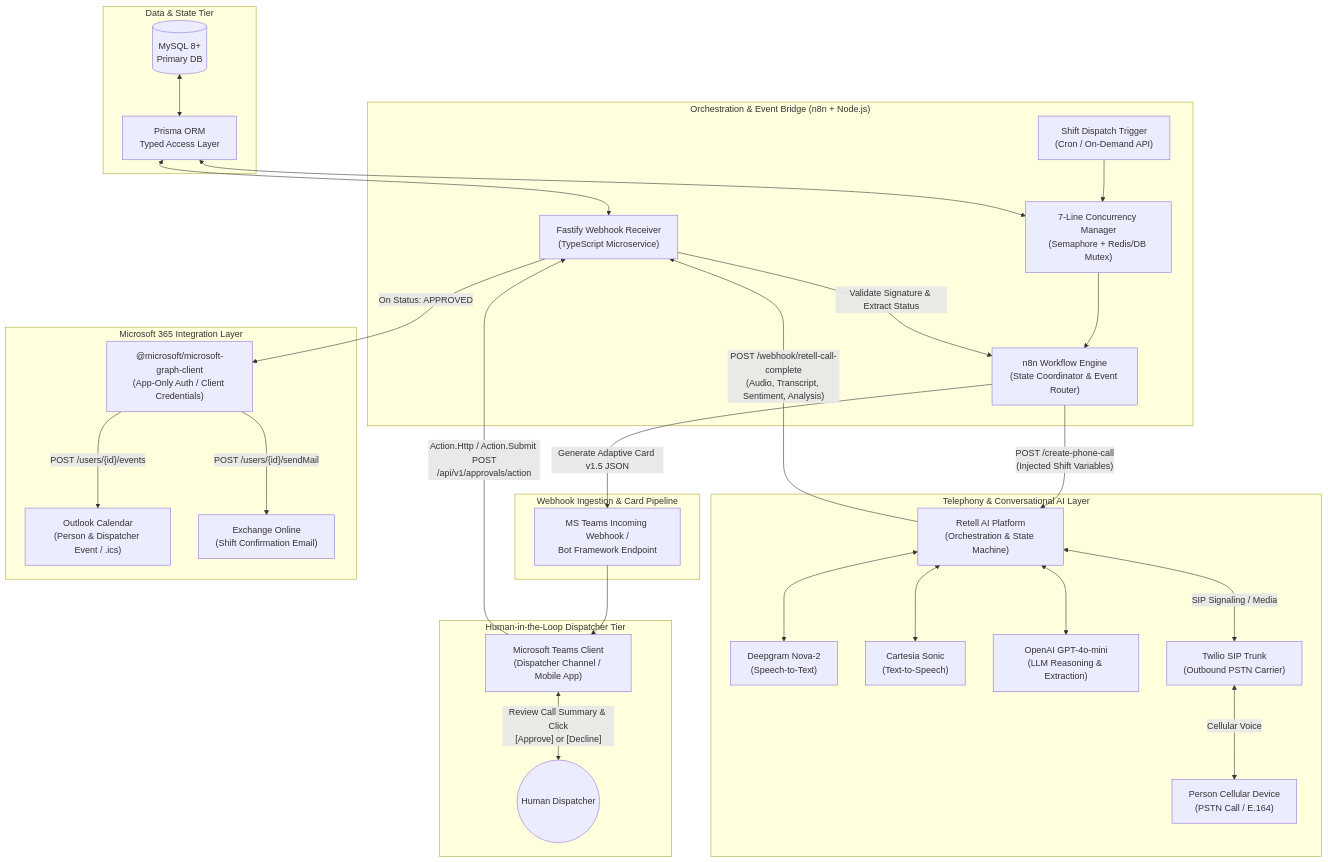
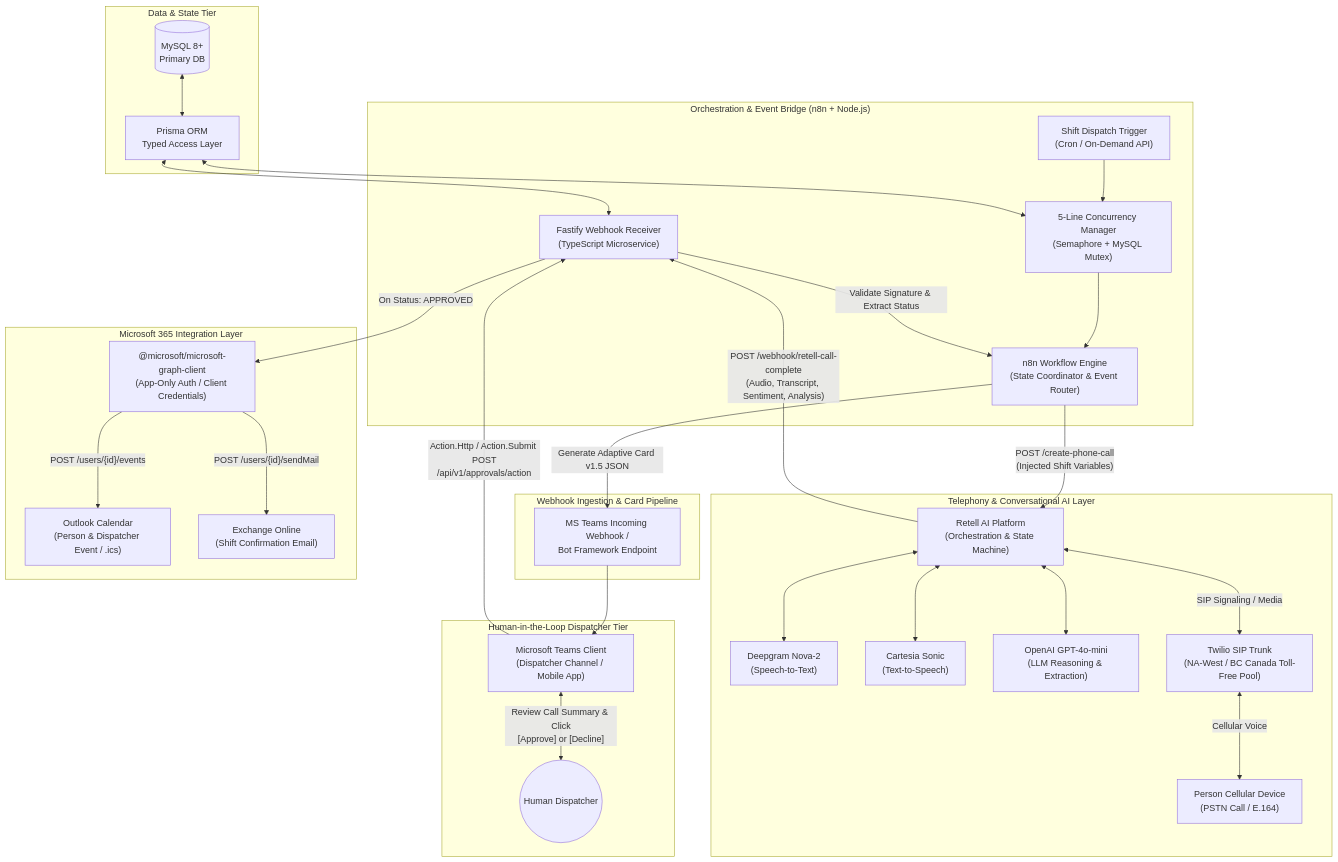
One commit to SidhuManbirSingh/Automated-Dispatch changed the first of 3 diagrams in docs/01_system_architecture.md. Above: the diagram before and after it, drawn with Mermaid. The commit also changed other lines of this file and 3 other files, not shown here.

Commit message:
docs: update architecture and specs for Guardteck Security and 5-line BC toll-free pool

````diff
--- a/docs/01_system_architecture.md
+++ b/docs/01_system_architecture.md
@@ -24,60 +24,60 @@
 ```mermaid
 flowchart TD
     subgraph DataLayer ["Data & State Tier"]
         DB[(MySQL 8+\nPrimary DB)]
         Prisma[Prisma ORM\nTyped Access Layer]
         DB <--> Prisma
     end
 
     subgraph OrchestrationTier ["Orchestration & Event Bridge (n8n + Node.js)"]
         Scheduler["Shift Dispatch Trigger\n(Cron / On-Demand API)"]
-        PoolMgr["7-Line Concurrency Manager\n(Semaphore + Redis/DB Mutex)"]
+        PoolMgr["5-Line Concurrency Manager\n(Semaphore + MySQL Mutex)"]
         n8n["n8n Workflow Engine\n(State Coordinator & Event Router)"]
         FastifyApp["Fastify Webhook Receiver\n(TypeScript Microservice)"]
         
         Scheduler --> PoolMgr
         PoolMgr --> n8n
         Prisma <--> FastifyApp
         Prisma <--> PoolMgr
     end
 
     subgraph TelephonyTier ["Telephony & Conversational AI Layer"]
         Retell["Retell AI Platform\n(Orchestration & State Machine)"]
         Deepgram["Deepgram Nova-2\n(Speech-to-Text)"]
         Cartesia["Cartesia Sonic\n(Text-to-Speech)"]
         LLM["OpenAI GPT-4o-mini\n(LLM Reasoning & Extraction)"]
-        Twilio["Twilio SIP Trunk\n(Outbound PSTN Carrier)"]
+        Twilio["Twilio SIP Trunk\n(NA-West / BC Canada Toll-Free Pool)"]
         PersonPhone["Person Cellular Device\n(PSTN Call / E.164)"]
 
         n8n -->|"POST /create-phone-call\n(Injected Shift Variables)"| Retell
         Retell <--> Deepgram
         Retell <--> Cartesia
         Retell <--> LLM
         Retell <-->|"SIP Signaling / Media"| Twilio
         Twilio <-->|"Cellular Voice"| PersonPhone
     end
 
     subgraph WebhookBridge ["Webhook Ingestion & Card Pipeline"]
         Retell -->|"POST /webhook/retell-call-complete\n(Audio, Transcript, Sentiment, Analysis)"| FastifyApp
         FastifyApp -->|"Validate Signature & Extract Status"| n8n
         n8n -->|"Generate Adaptive Card v1.5 JSON"| TeamsWebhook["MS Teams Incoming Webhook /\nBot Framework Endpoint"]
     end
 
     subgraph ApprovalTier ["Human-in-the-Loop Dispatcher Tier"]
         TeamsClient["Microsoft Teams Client\n(Dispatcher Channel / Mobile App)"]
         TeamsWebhook --> TeamsClient
         Dispatcher(("Human Dispatcher"))
         TeamsClient <-->|"Review Call Summary & Click\n[Approve] or [Decline]"| Dispatcher
         TeamsClient -->|"Action.Http / Action.Submit POST\n/api/v1/approvals/action"| FastifyApp
     end
 
     subgraph M365Tier ["Microsoft 365 Integration Layer"]
         GraphClient["@microsoft/microsoft-graph-client\n(App-Only Auth / Client Credentials)"]
         OutlookCalendar["Outlook Calendar\n(Person & Dispatcher Event / .ics)"]
         OutlookMail["Exchange Online\n(Shift Confirmation Email)"]
 
         FastifyApp -->|"On Status: APPROVED"| GraphClient
         GraphClient -->|"POST /users/{id}/events"| OutlookCalendar
         GraphClient -->|"POST /users/{id}/sendMail"| OutlookMail
     end
 ```
````
